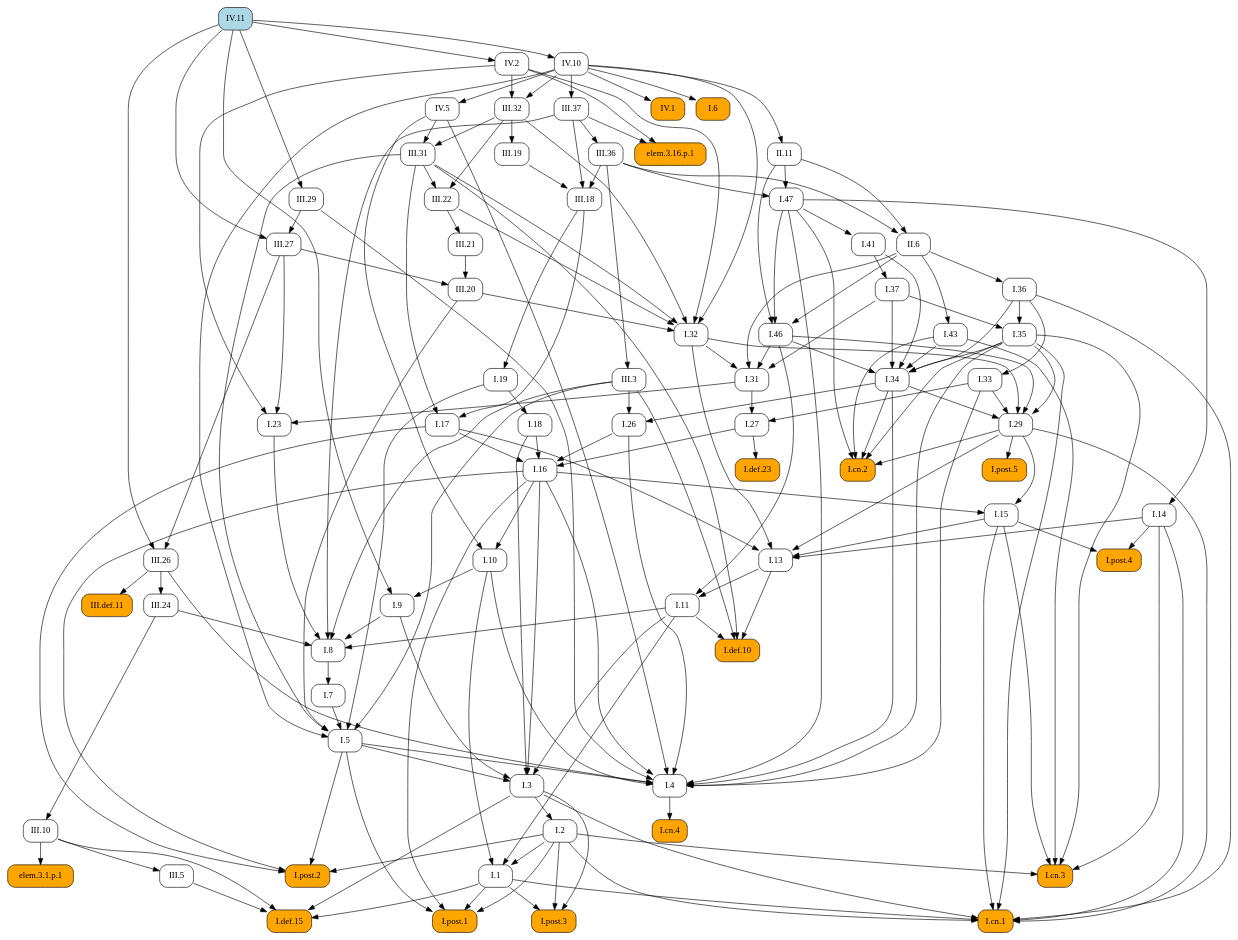
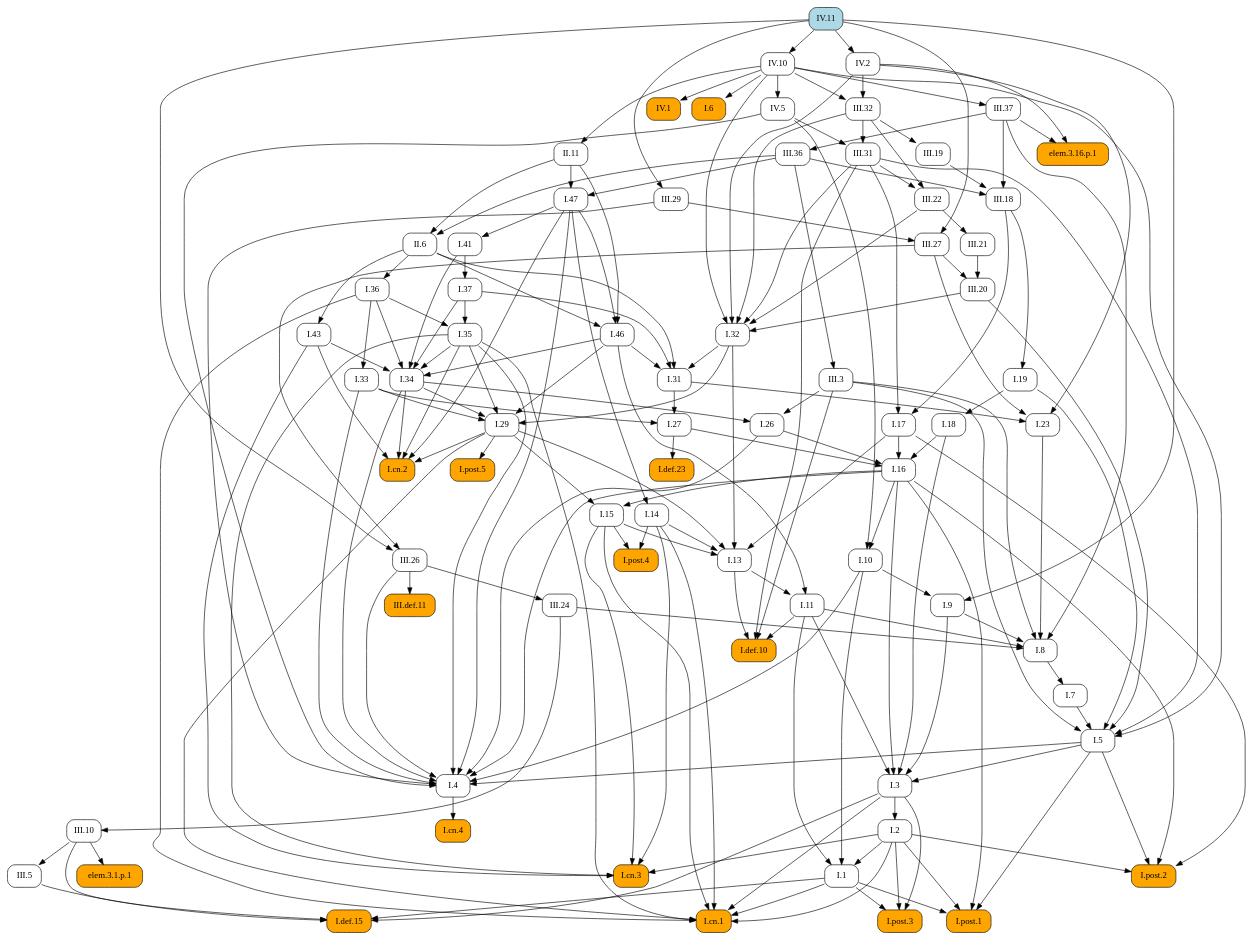
Before and after one commit to geometor/elements: the diagram in docsrc/elements2/IV/11/index.rst, drawn with Graphviz. The commit also changed other lines of this file and 171 other files, not shown here.

```diff
--- a/docsrc/elements2/IV/11/index.rst
+++ b/docsrc/elements2/IV/11/index.rst
@@ -80,188 +80,137 @@
    digraph {
      rankdir="TB";
      node [shape=box, style=rounded];
-     "III.22" [URL="/elements2/III/22/", target="_top"];
-     "III.def.11" [style="rounded,filled", fillcolor=orange, URL="/elements2/III/def.11/", target="_top"];
-     "IV.11" [style="rounded,filled", fillcolor=lightblue, URL="/elements2/IV/11/", target="_top"];
+     "I.8" [URL="/elements2/I/8/", target="_top"];
+     "I.46" [URL="/elements2/I/46/", target="_top"];
+     "III.36" [URL="/elements2/III/36/", target="_top"];
+     "I.36" [URL="/elements2/I/36/", target="_top"];
+     "IV.5" [URL="/elements2/IV/5/", target="_top"];
+     "I.post.5" [style="rounded,filled", fillcolor=orange, URL="/elements2/I/post.5/", target="_top"];
+     "III.29" [URL="/elements2/III/29/", target="_top"];
+     "I.def.10" [style="rounded,filled", fillcolor=orange, URL="/elements2/I/def.10/", target="_top"];
+     "I.cn.2" [style="rounded,filled", fillcolor=orange, URL="/elements2/I/cn.2/", target="_top"];
+     "II.11" [URL="/elements2/II/11/", target="_top"];
+     "III.31" [URL="/elements2/III/31/", target="_top"];
+     "I.31" [URL="/elements2/I/31/", target="_top"];
+     "I.43" [URL="/elements2/I/43/", target="_top"];
+     "III.24" [URL="/elements2/III/24/", target="_top"];
+     "I.post.2" [style="rounded,filled", fillcolor=orange, URL="/elements2/I/post.2/", target="_top"];
+     "I.def.23" [style="rounded,filled", fillcolor=orange, URL="/elements2/I/def.23/", target="_top"];
+     "I.26" [URL="/elements2/I/26/", target="_top"];
+     "I.19" [URL="/elements2/I/19/", target="_top"];
+     "IV.1" [style="rounded,filled", fillcolor=orange, URL="/elements2/IV/1/", target="_top"];
+     "I.cn.3" [style="rounded,filled", fillcolor=orange, URL="/elements2/I/cn.3/", target="_top"];
+     "III.5" [URL="/elements2/III/5/", target="_top"];
+     "III.20" [URL="/elements2/III/20/", target="_top"];
+     "III.26" [URL="/elements2/III/26/", target="_top"];
+     "elem.3.1.p.1" [style="rounded,filled", fillcolor=orange];
+     "I.18" [URL="/elements2/I/18/", target="_top"];
+     "I.41" [URL="/elements2/I/41/", target="_top"];
+     "I.35" [URL="/elements2/I/35/", target="_top"];
+     "II.6" [URL="/elements2/II/6/", target="_top"];
+     "I.27" [URL="/elements2/I/27/", target="_top"];
+     "I.4" [URL="/elements2/I/4/", target="_top"];
+     "III.18" [URL="/elements2/III/18/", target="_top"];
+     "I.15" [URL="/elements2/I/15/", target="_top"];
+     "I.34" [URL="/elements2/I/34/", target="_top"];
+     "I.post.3" [style="rounded,filled", fillcolor=orange, URL="/elements2/I/post.3/", target="_top"];
      "I.32" [URL="/elements2/I/32/", target="_top"];
-     "III.31" [URL="/elements2/III/31/", target="_top"];
-     "I.cn.4" [style="rounded,filled", fillcolor=orange, URL="/elements2/I/cn.4/", target="_top"];
-     "I.post.3" [style="rounded,filled", fillcolor=orange, URL="/elements2/I/post.3/", target="_top"];
-     "I.41" [URL="/elements2/I/41/", target="_top"];
-     "I.27" [URL="/elements2/I/27/", target="_top"];
-     "I.post.2" [style="rounded,filled", fillcolor=orange, URL="/elements2/I/post.2/", target="_top"];
-     "I.13" [URL="/elements2/I/13/", target="_top"];
-     "I.10" [URL="/elements2/I/10/", target="_top"];
+     "III.27" [URL="/elements2/III/27/", target="_top"];
      "I.post.1" [style="rounded,filled", fillcolor=orange, URL="/elements2/I/post.1/", target="_top"];
-     "I.7" [URL="/elements2/I/7/", target="_top"];
-     "III.27" [URL="/elements2/III/27/", target="_top"];
-     "I.6" [style="rounded,filled", fillcolor=orange, URL="/elements2/I/6/", target="_top"];
-     "III.19" [URL="/elements2/III/19/", target="_top"];
-     "elem.3.16.p.1" [style="rounded,filled", fillcolor=orange];
-     "III.32" [URL="/elements2/III/32/", target="_top"];
-     "I.9" [URL="/elements2/I/9/", target="_top"];
-     "I.18" [URL="/elements2/I/18/", target="_top"];
-     "I.8" [URL="/elements2/I/8/", target="_top"];
-     "I.23" [URL="/elements2/I/23/", target="_top"];
-     "I.15" [URL="/elements2/I/15/", target="_top"];
-     "III.21" [URL="/elements2/III/21/", target="_top"];
-     "I.26" [URL="/elements2/I/26/", target="_top"];
-     "III.20" [URL="/elements2/III/20/", target="_top"];
-     "III.10" [URL="/elements2/III/10/", target="_top"];
-     "I.1" [URL="/elements2/I/1/", target="_top"];
+     "I.47" [URL="/elements2/I/47/", target="_top"];
+     "I.14" [URL="/elements2/I/14/", target="_top"];
+     "I.33" [URL="/elements2/I/33/", target="_top"];
+     "I.5" [URL="/elements2/I/5/", target="_top"];
      "III.37" [URL="/elements2/III/37/", target="_top"];
      "III.3" [URL="/elements2/III/3/", target="_top"];
-     "IV.10" [URL="/elements2/IV/10/", target="_top"];
+     "III.22" [URL="/elements2/III/22/", target="_top"];
+     "elem.3.16.p.1" [style="rounded,filled", fillcolor=orange];
+     "I.def.15" [style="rounded,filled", fillcolor=orange, URL="/elements2/I/def.15/", target="_top"];
+     "I.11" [URL="/elements2/I/11/", target="_top"];
+     "III.def.11" [style="rounded,filled", fillcolor=orange, URL="/elements2/III/def.11/", target="_top"];
      "I.3" [URL="/elements2/I/3/", target="_top"];
-     "I.cn.3" [style="rounded,filled", fillcolor=orange, URL="/elements2/I/cn.3/", target="_top"];
+     "III.10" [URL="/elements2/III/10/", target="_top"];
+     "I.6" [style="rounded,filled", fillcolor=orange, URL="/elements2/I/6/", target="_top"];
+     "IV.2" [URL="/elements2/IV/2/", target="_top"];
+     "IV.11" [style="rounded,filled", fillcolor=lightblue, URL="/elements2/IV/11/", target="_top"];
+     "I.1" [URL="/elements2/I/1/", target="_top"];
+     "I.cn.4" [style="rounded,filled", fillcolor=orange, URL="/elements2/I/cn.4/", target="_top"];
+     "III.21" [URL="/elements2/III/21/", target="_top"];
+     "I.7" [URL="/elements2/I/7/", target="_top"];
      "I.17" [URL="/elements2/I/17/", target="_top"];
-     "I.19" [URL="/elements2/I/19/", target="_top"];
-     "I.37" [URL="/elements2/I/37/", target="_top"];
-     "III.24" [URL="/elements2/III/24/", target="_top"];
-     "I.def.10" [style="rounded,filled", fillcolor=orange, URL="/elements2/I/def.10/", target="_top"];
-     "III.29" [URL="/elements2/III/29/", target="_top"];
-     "I.46" [URL="/elements2/I/46/", target="_top"];
-     "I.47" [URL="/elements2/I/47/", target="_top"];
-     "I.34" [URL="/elements2/I/34/", target="_top"];
-     "II.11" [URL="/elements2/II/11/", target="_top"];
-     "I.def.15" [style="rounded,filled", fillcolor=orange, URL="/elements2/I/def.15/", target="_top"];
-     "I.36" [URL="/elements2/I/36/", target="_top"];
-     "elem.3.1.p.1" [style="rounded,filled", fillcolor=orange];
-     "II.6" [URL="/elements2/II/6/", target="_top"];
-     "I.14" [URL="/elements2/I/14/", target="_top"];
-     "I.11" [URL="/elements2/I/11/", target="_top"];
-     "I.4" [URL="/elements2/I/4/", target="_top"];
-     "IV.5" [URL="/elements2/IV/5/", target="_top"];
-     "III.36" [URL="/elements2/III/36/", target="_top"];
-     "I.16" [URL="/elements2/I/16/", target="_top"];
-     "I.def.23" [style="rounded,filled", fillcolor=orange, URL="/elements2/I/def.23/", target="_top"];
-     "I.2" [URL="/elements2/I/2/", target="_top"];
-     "III.18" [URL="/elements2/III/18/", target="_top"];
-     "I.cn.2" [style="rounded,filled", fillcolor=orange, URL="/elements2/I/cn.2/", target="_top"];
-     "I.post.5" [style="rounded,filled", fillcolor=orange, URL="/elements2/I/post.5/", target="_top"];
-     "I.35" [URL="/elements2/I/35/", target="_top"];
-     "IV.2" [URL="/elements2/IV/2/", target="_top"];
-     "I.43" [URL="/elements2/I/43/", target="_top"];
-     "I.33" [URL="/elements2/I/33/", target="_top"];
-     "I.31" [URL="/elements2/I/31/", target="_top"];
-     "III.5" [URL="/elements2/III/5/", target="_top"];
-     "I.post.4" [style="rounded,filled", fillcolor=orange, URL="/elements2/I/post.4/", target="_top"];
-     "IV.1" [style="rounded,filled", fillcolor=orange, URL="/elements2/IV/1/", target="_top"];
-     "III.26" [URL="/elements2/III/26/", target="_top"];
+     "I.9" [URL="/elements2/I/9/", target="_top"];
+     "III.32" [URL="/elements2/III/32/", target="_top"];
      "I.cn.1" [style="rounded,filled", fillcolor=orange, URL="/elements2/I/cn.1/", target="_top"];
      "I.29" [URL="/elements2/I/29/", target="_top"];
-     "I.5" [URL="/elements2/I/5/", target="_top"];
-     "III.31" -> "III.22";
-     "III.32" -> "III.22";
-     "III.26" -> "III.def.11";
-     "III.20" -> "I.32";
-     "III.22" -> "I.32";
-     "III.31" -> "I.32";
-     "III.32" -> "I.32";
-     "IV.2" -> "I.32";
-     "IV.10" -> "I.32";
-     "III.32" -> "III.31";
-     "IV.5" -> "III.31";
-     "I.4" -> "I.cn.4";
-     "I.1" -> "I.post.3";
-     "I.2" -> "I.post.3";
-     "I.3" -> "I.post.3";
-     "I.47" -> "I.41";
-     "I.31" -> "I.27";
-     "I.33" -> "I.27";
-     "I.2" -> "I.post.2";
-     "I.5" -> "I.post.2";
-     "I.16" -> "I.post.2";
-     "I.17" -> "I.post.2";
-     "I.14" -> "I.13";
-     "I.15" -> "I.13";
-     "I.17" -> "I.13";
-     "I.29" -> "I.13";
-     "I.32" -> "I.13";
-     "I.16" -> "I.10";
-     "IV.5" -> "I.10";
-     "I.1" -> "I.post.1";
-     "I.2" -> "I.post.1";
-     "I.5" -> "I.post.1";
-     "I.16" -> "I.post.1";
-     "I.8" -> "I.7";
-     "III.29" -> "III.27";
-     "IV.11" -> "III.27";
-     "IV.10" -> "I.6";
-     "III.32" -> "III.19";
-     "III.37" -> "elem.3.16.p.1";
-     "IV.2" -> "elem.3.16.p.1";
-     "IV.2" -> "III.32";
-     "IV.10" -> "III.32";
-     "I.10" -> "I.9";
-     "IV.11" -> "I.9";
-     "I.19" -> "I.18";
+     "III.19" [URL="/elements2/III/19/", target="_top"];
+     "I.post.4" [style="rounded,filled", fillcolor=orange, URL="/elements2/I/post.4/", target="_top"];
+     "IV.10" [URL="/elements2/IV/10/", target="_top"];
+     "I.13" [URL="/elements2/I/13/", target="_top"];
+     "I.16" [URL="/elements2/I/16/", target="_top"];
+     "I.2" [URL="/elements2/I/2/", target="_top"];
+     "I.37" [URL="/elements2/I/37/", target="_top"];
+     "I.10" [URL="/elements2/I/10/", target="_top"];
+     "I.23" [URL="/elements2/I/23/", target="_top"];
      "I.9" -> "I.8";
      "I.11" -> "I.8";
      "I.23" -> "I.8";
      "III.3" -> "I.8";
      "III.24" -> "I.8";
      "III.37" -> "I.8";
-     "I.31" -> "I.23";
-     "III.27" -> "I.23";
-     "IV.2" -> "I.23";
-     "I.16" -> "I.15";
-     "I.29" -> "I.15";
-     "III.22" -> "III.21";
+     "I.47" -> "I.46";
+     "II.6" -> "I.46";
+     "II.11" -> "I.46";
+     "III.37" -> "III.36";
+     "II.6" -> "I.36";
+     "IV.10" -> "IV.5";
+     "I.29" -> "I.post.5";
+     "IV.11" -> "III.29";
+     "I.11" -> "I.def.10";
+     "I.13" -> "I.def.10";
+     "III.3" -> "I.def.10";
+     "III.31" -> "I.def.10";
+     "I.29" -> "I.cn.2";
+     "I.34" -> "I.cn.2";
+     "I.35" -> "I.cn.2";
+     "I.43" -> "I.cn.2";
+     "I.47" -> "I.cn.2";
+     "IV.10" -> "II.11";
+     "III.32" -> "III.31";
+     "IV.5" -> "III.31";
+     "I.32" -> "I.31";
+     "I.37" -> "I.31";
+     "I.46" -> "I.31";
+     "II.6" -> "I.31";
+     "II.6" -> "I.43";
+     "III.26" -> "III.24";
+     "I.2" -> "I.post.2";
+     "I.5" -> "I.post.2";
+     "I.16" -> "I.post.2";
+     "I.17" -> "I.post.2";
+     "I.27" -> "I.def.23";
      "I.34" -> "I.26";
      "III.3" -> "I.26";
-     "III.21" -> "III.20";
-     "III.27" -> "III.20";
-     "III.24" -> "III.10";
-     "I.2" -> "I.1";
-     "I.10" -> "I.1";
-     "I.11" -> "I.1";
-     "IV.10" -> "III.37";
-     "III.36" -> "III.3";
-     "IV.11" -> "IV.10";
-     "I.5" -> "I.3";
-     "I.9" -> "I.3";
-     "I.11" -> "I.3";
-     "I.16" -> "I.3";
-     "I.18" -> "I.3";
+     "III.18" -> "I.19";
+     "IV.10" -> "IV.1";
      "I.2" -> "I.cn.3";
      "I.14" -> "I.cn.3";
      "I.15" -> "I.cn.3";
      "I.35" -> "I.cn.3";
      "I.43" -> "I.cn.3";
-     "III.18" -> "I.17";
-     "III.31" -> "I.17";
-     "III.18" -> "I.19";
-     "I.41" -> "I.37";
-     "III.26" -> "III.24";
-     "I.11" -> "I.def.10";
-     "I.13" -> "I.def.10";
-     "III.3" -> "I.def.10";
-     "III.31" -> "I.def.10";
-     "IV.11" -> "III.29";
-     "I.47" -> "I.46";
-     "II.6" -> "I.46";
-     "II.11" -> "I.46";
-     "II.11" -> "I.47";
-     "III.36" -> "I.47";
-     "I.35" -> "I.34";
-     "I.36" -> "I.34";
-     "I.37" -> "I.34";
-     "I.41" -> "I.34";
-     "I.43" -> "I.34";
-     "I.46" -> "I.34";
-     "IV.10" -> "II.11";
-     "I.1" -> "I.def.15";
-     "I.3" -> "I.def.15";
-     "III.5" -> "I.def.15";
-     "III.10" -> "I.def.15";
-     "II.6" -> "I.36";
+     "III.10" -> "III.5";
+     "III.21" -> "III.20";
+     "III.27" -> "III.20";
+     "III.27" -> "III.26";
+     "IV.11" -> "III.26";
      "III.10" -> "elem.3.1.p.1";
+     "I.19" -> "I.18";
+     "I.47" -> "I.41";
+     "I.36" -> "I.35";
+     "I.37" -> "I.35";
      "II.11" -> "II.6";
      "III.36" -> "II.6";
-     "I.47" -> "I.14";
-     "I.13" -> "I.11";
-     "I.46" -> "I.11";
+     "I.31" -> "I.27";
+     "I.33" -> "I.27";
      "I.5" -> "I.4";
      "I.10" -> "I.4";
      "I.16" -> "I.4";
@@ -273,38 +222,75 @@
      "III.26" -> "I.4";
      "III.29" -> "I.4";
      "IV.5" -> "I.4";
-     "IV.10" -> "IV.5";
-     "III.37" -> "III.36";
-     "I.17" -> "I.16";
-     "I.18" -> "I.16";
-     "I.26" -> "I.16";
-     "I.27" -> "I.16";
-     "I.27" -> "I.def.23";
-     "I.3" -> "I.2";
      "III.19" -> "III.18";
      "III.36" -> "III.18";
      "III.37" -> "III.18";
-     "I.29" -> "I.cn.2";
-     "I.34" -> "I.cn.2";
-     "I.35" -> "I.cn.2";
-     "I.43" -> "I.cn.2";
-     "I.47" -> "I.cn.2";
-     "I.29" -> "I.post.5";
-     "I.36" -> "I.35";
-     "I.37" -> "I.35";
+     "I.16" -> "I.15";
+     "I.29" -> "I.15";
+     "I.35" -> "I.34";
+     "I.36" -> "I.34";
+     "I.37" -> "I.34";
+     "I.41" -> "I.34";
+     "I.43" -> "I.34";
+     "I.46" -> "I.34";
+     "I.1" -> "I.post.3";
+     "I.2" -> "I.post.3";
+     "I.3" -> "I.post.3";
+     "III.20" -> "I.32";
+     "III.22" -> "I.32";
+     "III.31" -> "I.32";
+     "III.32" -> "I.32";
+     "IV.2" -> "I.32";
+     "IV.10" -> "I.32";
+     "III.29" -> "III.27";
+     "IV.11" -> "III.27";
+     "I.1" -> "I.post.1";
+     "I.2" -> "I.post.1";
+     "I.5" -> "I.post.1";
+     "I.16" -> "I.post.1";
+     "II.11" -> "I.47";
+     "III.36" -> "I.47";
+     "I.47" -> "I.14";
+     "I.36" -> "I.33";
+     "I.7" -> "I.5";
+     "I.19" -> "I.5";
+     "III.3" -> "I.5";
+     "III.20" -> "I.5";
+     "III.31" -> "I.5";
+     "IV.10" -> "I.5";
+     "IV.10" -> "III.37";
+     "III.36" -> "III.3";
+     "III.31" -> "III.22";
+     "III.32" -> "III.22";
+     "III.37" -> "elem.3.16.p.1";
+     "IV.2" -> "elem.3.16.p.1";
+     "I.1" -> "I.def.15";
+     "I.3" -> "I.def.15";
+     "III.5" -> "I.def.15";
+     "III.10" -> "I.def.15";
+     "I.13" -> "I.11";
+     "I.46" -> "I.11";
+     "III.26" -> "III.def.11";
+     "I.5" -> "I.3";
+     "I.9" -> "I.3";
+     "I.11" -> "I.3";
+     "I.16" -> "I.3";
+     "I.18" -> "I.3";
+     "III.24" -> "III.10";
+     "IV.10" -> "I.6";
      "IV.11" -> "IV.2";
-     "II.6" -> "I.43";
-     "I.36" -> "I.33";
-     "I.32" -> "I.31";
-     "I.37" -> "I.31";
-     "I.46" -> "I.31";
-     "II.6" -> "I.31";
-     "III.10" -> "III.5";
-     "I.14" -> "I.post.4";
-     "I.15" -> "I.post.4";
-     "IV.10" -> "IV.1";
-     "III.27" -> "III.26";
-     "IV.11" -> "III.26";
+     "I.2" -> "I.1";
+     "I.10" -> "I.1";
+     "I.11" -> "I.1";
+     "I.4" -> "I.cn.4";
+     "III.22" -> "III.21";
+     "I.8" -> "I.7";
+     "III.18" -> "I.17";
+     "III.31" -> "I.17";
+     "I.10" -> "I.9";
+     "IV.11" -> "I.9";
+     "IV.2" -> "III.32";
+     "IV.10" -> "III.32";
      "I.1" -> "I.cn.1";
      "I.2" -> "I.cn.1";
      "I.3" -> "I.cn.1";
@@ -318,10 +304,24 @@
      "I.34" -> "I.29";
      "I.35" -> "I.29";
      "I.46" -> "I.29";
-     "I.7" -> "I.5";
-     "I.19" -> "I.5";
-     "III.3" -> "I.5";
-     "III.20" -> "I.5";
-     "III.31" -> "I.5";
-     "IV.10" -> "I.5";
+     "III.32" -> "III.19";
+     "I.14" -> "I.post.4";
+     "I.15" -> "I.post.4";
+     "IV.11" -> "IV.10";
+     "I.14" -> "I.13";
+     "I.15" -> "I.13";
+     "I.17" -> "I.13";
+     "I.29" -> "I.13";
+     "I.32" -> "I.13";
+     "I.17" -> "I.16";
+     "I.18" -> "I.16";
+     "I.26" -> "I.16";
+     "I.27" -> "I.16";
+     "I.3" -> "I.2";
+     "I.41" -> "I.37";
+     "I.16" -> "I.10";
+     "IV.5" -> "I.10";
+     "I.31" -> "I.23";
+     "III.27" -> "I.23";
+     "IV.2" -> "I.23";
    }
```
